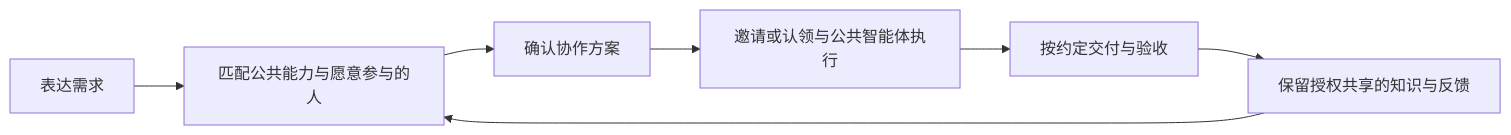
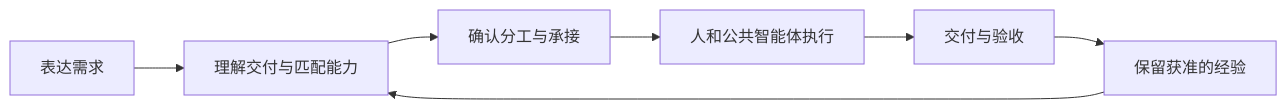
The diagram in README.md (luoyan96/personal-agent), drawn with Mermaid before and after one commit. The commit also changed other lines of this file and 15 other files, not shown here.

````diff
--- a/README.md
+++ b/README.md
@@ -31,9 +32,9 @@
 ```mermaid
 flowchart LR
-    A[表达需求] --> B[匹配公共能力与愿意参与的人]
-    B --> C[确认协作方案]
-    C --> D[邀请或认领与公共智能体执行]
-    D --> E[按约定交付与验收]
-    E --> F[保留授权共享的知识与反馈]
+    A[表达需求] --> B[理解交付与匹配能力]
+    B --> C[确认分工与承接]
+    C --> D[人和公共智能体执行]
+    D --> E[交付与验收]
+    E --> F[保留获准的经验]
     F --> B
 ```
````
